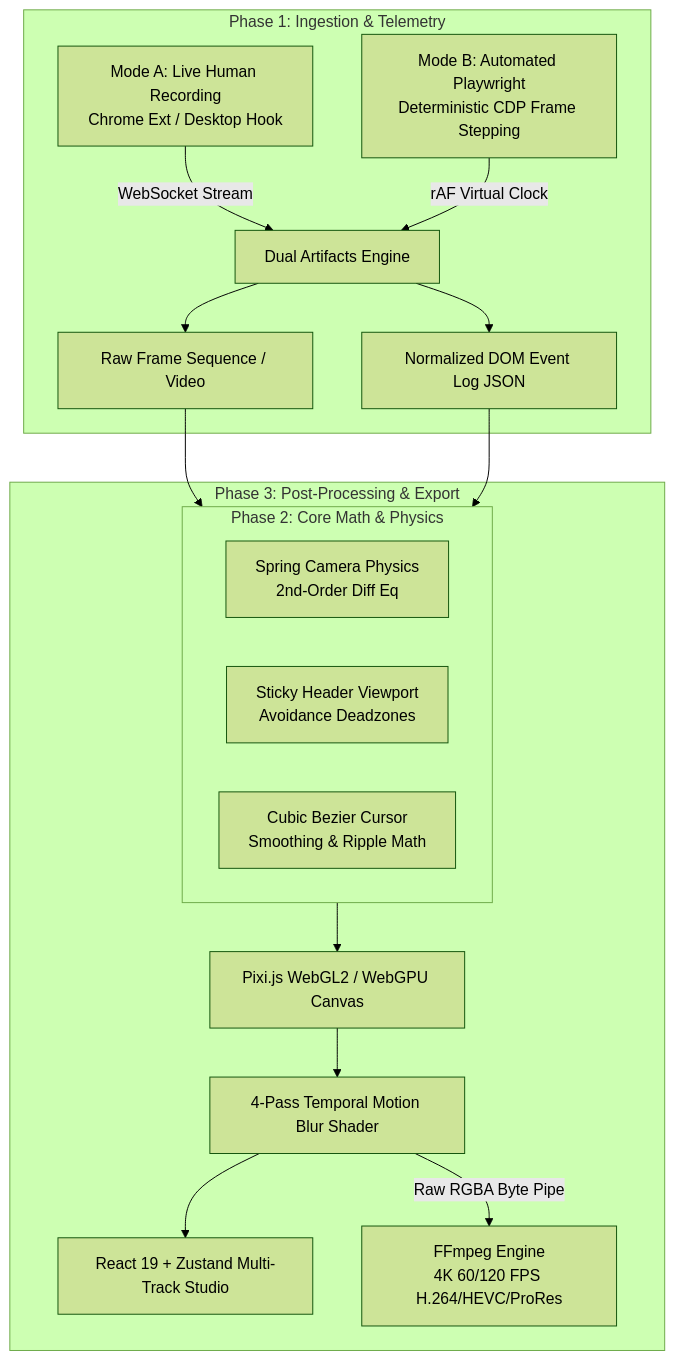
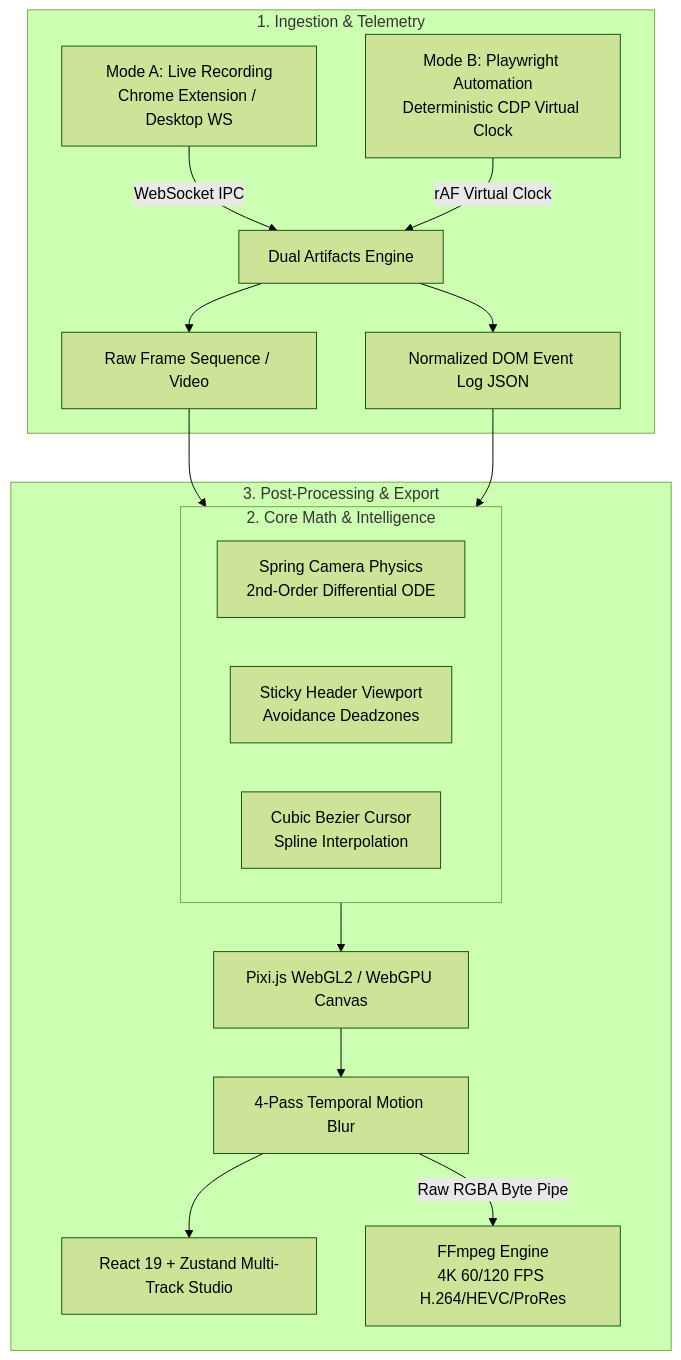
Before and after one commit to dhaatrik/focal-dom: the diagram in README.md, drawn with Mermaid (forest theme). The commit also changed other lines of this file, not shown here.

````diff
--- a/README.md
+++ b/README.md
@@ -68,23 +69,23 @@
 ```mermaid
 flowchart TD
-    subgraph Capture [Phase 1: Ingestion & Telemetry]
-        A1[Mode A: Live Human Recording<br/>Chrome Ext / Desktop Hook] -->|WebSocket Stream| D1[Dual Artifacts Engine]
-        A2[Mode B: Automated Playwright<br/>Deterministic CDP Frame Stepping] -->|rAF Virtual Clock| D1
+    subgraph Ingestion [1. Ingestion & Telemetry]
+        A1[Mode A: Live Recording<br/>Chrome Extension / Desktop WS] -->|WebSocket IPC| D1[Dual Artifacts Engine]
+        A2[Mode B: Playwright Automation<br/>Deterministic CDP Virtual Clock] -->|rAF Virtual Clock| D1
         D1 --> RAW[Raw Frame Sequence / Video]
         D1 --> JSON[Normalized DOM Event Log JSON]
     end
 
-    subgraph Core [Phase 2: Core Math & Physics]
-        M1[Spring Camera Physics<br/>2nd-Order Diff Eq]
+    subgraph CoreEngine [2. Core Math & Intelligence]
+        M1[Spring Camera Physics<br/>2nd-Order Differential ODE]
         M2[Sticky Header Viewport<br/>Avoidance Deadzones]
-        M3[Cubic Bezier Cursor<br/>Smoothing & Ripple Math]
+        M3[Cubic Bezier Cursor<br/>Spline Interpolation]
     end
 
-    subgraph Renderer [Phase 3: Post-Processing & Export]
-        RAW & JSON --> Core
-        Core --> PIXI[Pixi.js WebGL2 / WebGPU Canvas]
-        PIXI --> SHADER[4-Pass Temporal Motion Blur Shader]
+    subgraph Rendering [3. Post-Processing & Export]
+        RAW & JSON --> CoreEngine
+        CoreEngine --> PIXI[Pixi.js WebGL2 / WebGPU Canvas]
+        PIXI --> SHADER[4-Pass Temporal Motion Blur]
         SHADER --> STUDIO[React 19 + Zustand Multi-Track Studio]
         SHADER -->|Raw RGBA Byte Pipe| FFMPEG[FFmpeg Engine<br/>4K 60/120 FPS H.264/HEVC/ProRes]
     end
 ```
````
